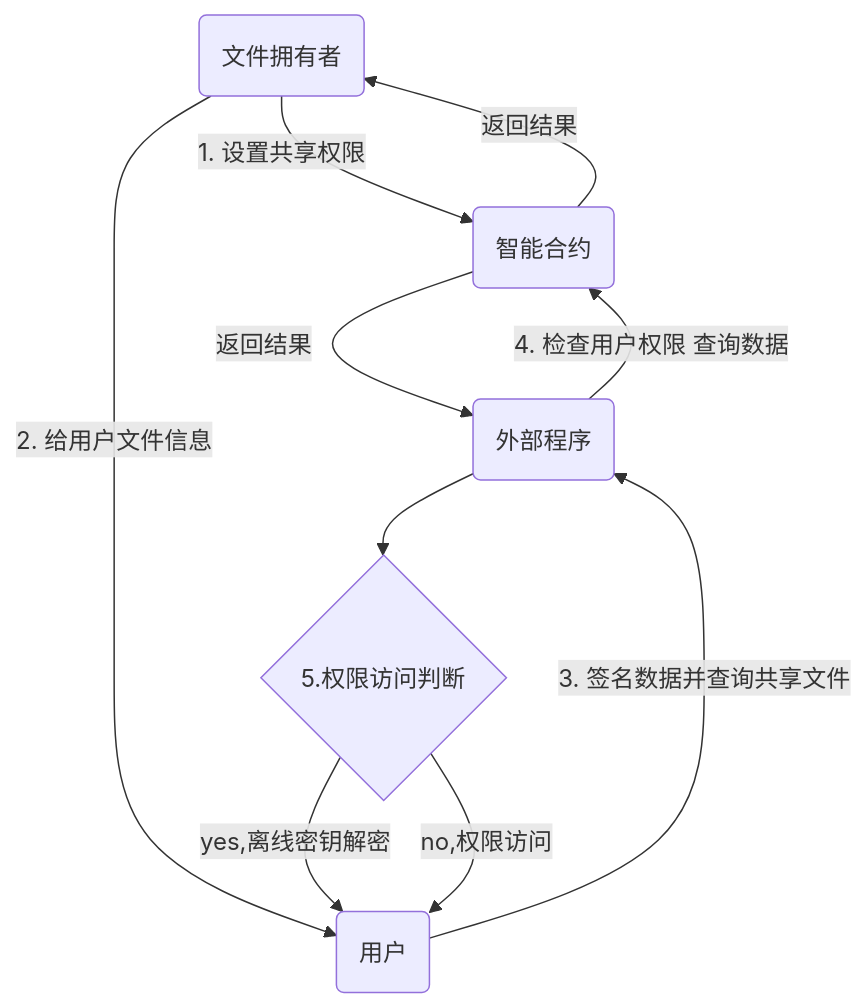
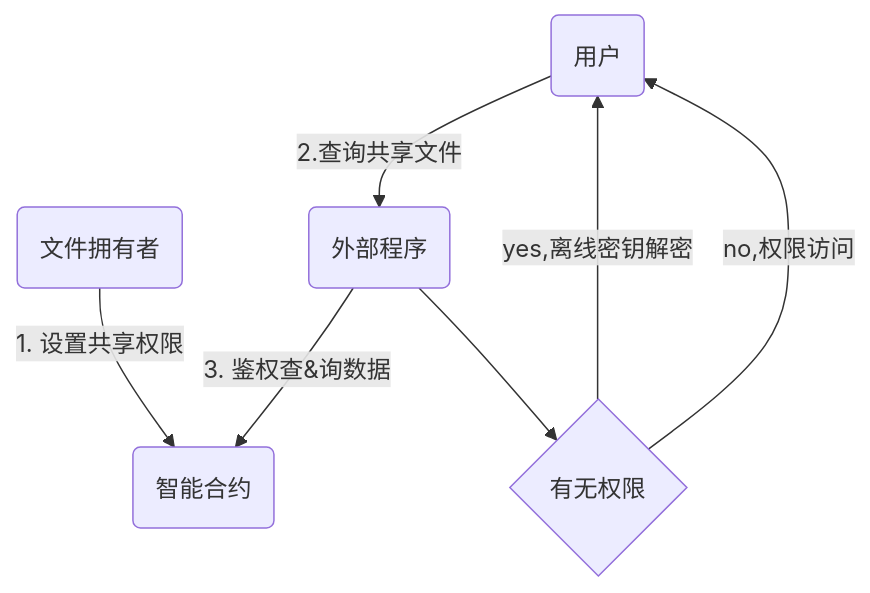
One commit to MoyunRz/store-data changed the fourth of 5 diagrams in doc/合约存取共享.md. Above: the diagram before and after it, drawn with Mermaid. The commit also changed other lines of this file, not shown here.

Commit message:
共享文件合约操作 细微调整

````diff
--- a/doc/合约存取共享.md
+++ b/doc/合约存取共享.md
@@ -89,13 +89,10 @@
 ```mermaid
 graph TD;
     A(文件拥有者) -->|1. 设置共享权限| B(智能合约)
-    B -->|返回结果| A
-    A -->|2. 给用户文件信息| C
-    C(用户) -->| 3. 签名数据并查询共享文件| E(外部程序)
-    E -->|4. 检查用户权限 查询数据| B(智能合约)
-    B -->|返回结果|E
-    E --> F{5.权限访问判断} 
+    C(用户) -->| 2.查询共享文件| E(外部程序)
+    E -->|3. 鉴权查&询数据| B(智能合约)
+    E -->F{有无权限}
     F -->|yes,离线密钥解密| C
     F -->|no,权限访问| C
 
 ```
````
